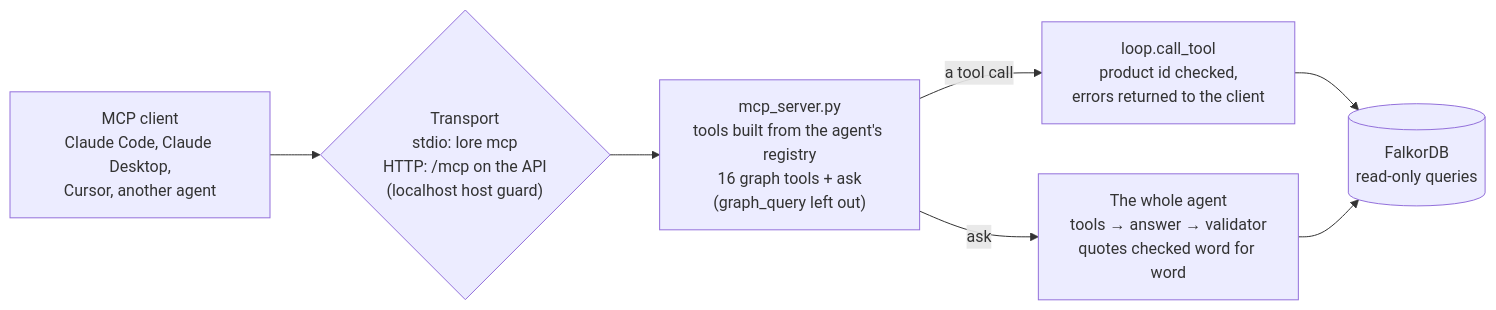
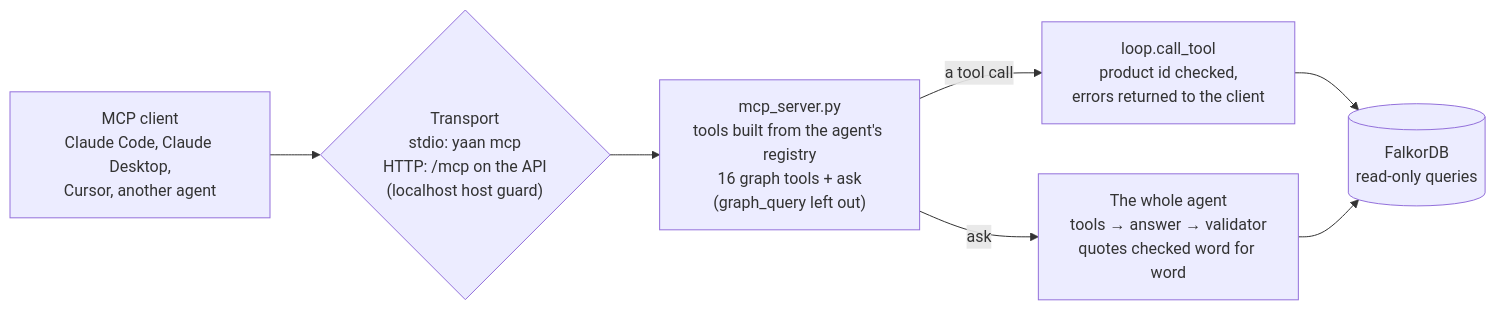
Before and after one commit to t-maypat/yaan: the diagram in docs/diagrams/mcp-server.mmd, drawn with Mermaid. The commit also changed 204 other files, not shown here.

First line of the commit message:
Phase 22.10: Lore's remaining names become Yaan's; old names still read

```diff
--- a/docs/diagrams/mcp-server.mmd
+++ b/docs/diagrams/mcp-server.mmd
@@ -1,8 +1,8 @@
-%% The MCP server (17.1): any MCP client gets Lore's read-only tools, plus ask, over stdio or HTTP.
+%% The MCP server (17.1): any MCP client gets Yaan's read-only tools, plus ask, over stdio or HTTP.
 flowchart LR
-  CL["MCP client<br/>Claude Code, Claude Desktop,<br/>Cursor, another agent"]:::ext --> T{"Transport<br/>stdio: lore mcp<br/>HTTP: /mcp on the API<br/>(localhost host guard)"}:::guard
+  CL["MCP client<br/>Claude Code, Claude Desktop,<br/>Cursor, another agent"]:::ext --> T{"Transport<br/>stdio: yaan mcp<br/>HTTP: /mcp on the API<br/>(localhost host guard)"}:::guard
   T --> M["mcp_server.py<br/>tools built from the agent's registry<br/>16 graph tools + ask<br/>(graph_query left out)"]:::code
   M -->|"a tool call"| CT["loop.call_tool<br/>product id checked,<br/>errors returned to the client"]:::code
   M -->|"ask"| AG["The whole agent<br/>tools → answer → validator<br/>quotes checked word for word"]:::code
   CT --> DB[("FalkorDB<br/>read-only queries")]:::store
   AG --> DB
```
